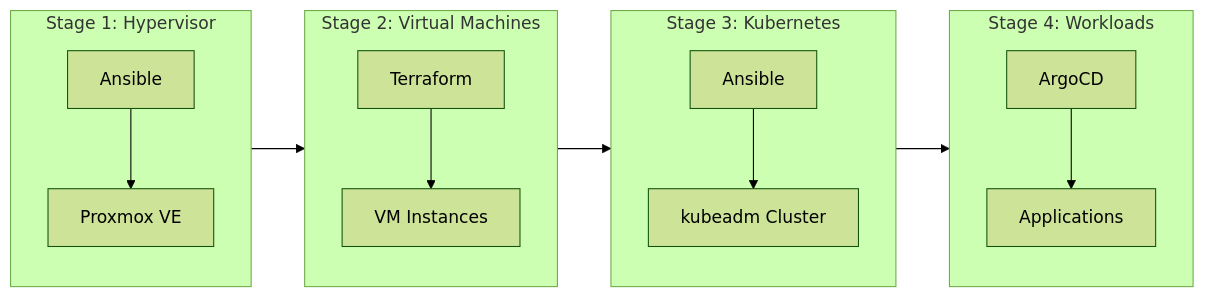
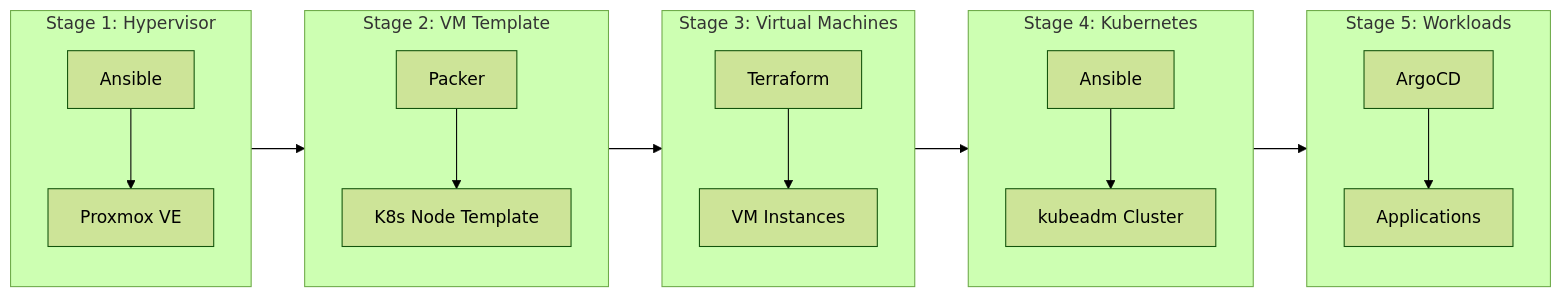
One commit to kyleseneker/homelab changed the diagram in docs/architecture/overview.md. Above: the diagram before and after it, drawn with Mermaid (forest theme). The commit also changed other lines of this file and 25 other files, not shown here.

Commit message:
feat: add Packer template for K8s node VM builds

````diff
--- a/docs/architecture/overview.md
+++ b/docs/architecture/overview.md
@@ -9,22 +9,27 @@
 ```mermaid
 flowchart LR
     subgraph stage1["Stage 1: Hypervisor"]
         ansible1["Ansible"] --> proxmox["Proxmox VE"]
     end
 
-    subgraph stage2["Stage 2: Virtual Machines"]
+    subgraph stage2["Stage 2: VM Template"]
+        packer["Packer"] --> template["K8s Node Template"]
+    end
+
+    subgraph stage3["Stage 3: Virtual Machines"]
         terraform["Terraform"] --> vms["VM Instances"]
     end
 
-    subgraph stage3["Stage 3: Kubernetes"]
+    subgraph stage4["Stage 4: Kubernetes"]
         ansible2["Ansible"] --> kubeadm["kubeadm Cluster"]
     end
 
-    subgraph stage4["Stage 4: Workloads"]
+    subgraph stage5["Stage 5: Workloads"]
         argocd["ArgoCD"] --> apps["Applications"]
     end
 
     stage1 --> stage2
     stage2 --> stage3
     stage3 --> stage4
+    stage4 --> stage5
 ```
````
